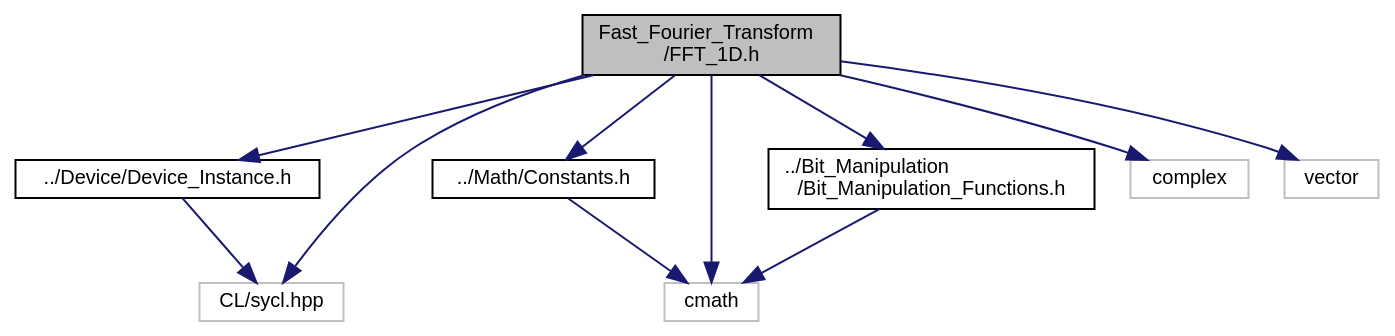
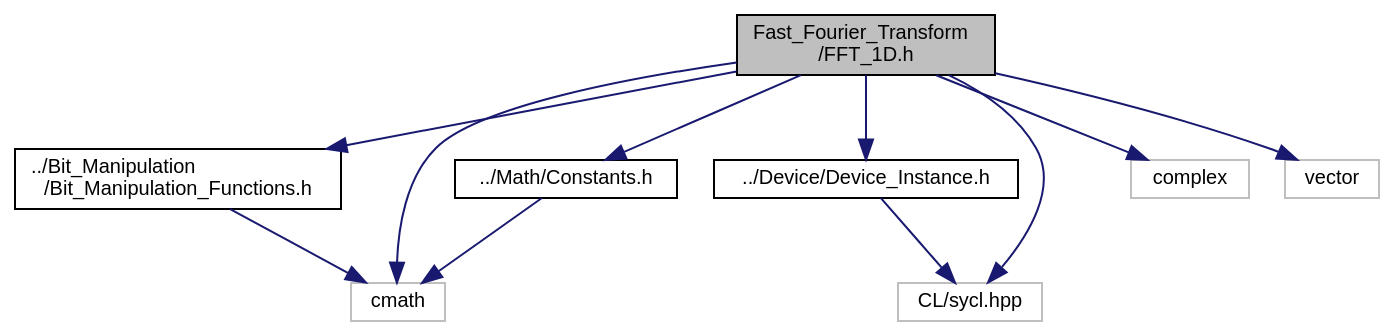
The diagram in docs/PySYCL_doxygen_html/_f_f_t__1_d_8h__incl.dot (PySYCL/PySYCL), drawn with Graphviz before and after one commit. The commit also changed 122 other files, not shown here.

```diff
--- a/docs/PySYCL_doxygen_html/_f_f_t__1_d_8h__incl.dot
+++ b/docs/PySYCL_doxygen_html/_f_f_t__1_d_8h__incl.dot
@@ -1,26 +1,26 @@
 digraph "Fast_Fourier_Transform/FFT_1D.h"
 {
  // INTERACTIVE_SVG=YES
  // LATEX_PDF_SIZE
   bgcolor="transparent";
   edge [fontname="Helvetica",fontsize="10",labelfontname="Helvetica",labelfontsize="10"];
   node [fontname="Helvetica",fontsize="10",shape=record];
   Node1 [label="Fast_Fourier_Transform\l/FFT_1D.h",height=0.2,width=0.4,color="black", fillcolor="grey75", style="filled", fontcolor="black",tooltip="1-Dimensional Fast Fourier Transform."];
   Node1 -> Node2 [color="midnightblue",fontsize="10",style="solid",fontname="Helvetica"];
-  Node2 [label="../Device/Device_Instance.h",height=0.2,width=0.4,color="black",URL="$_device___instance_8h.html",tooltip="Device instance for device selection in PySYCL."];
+  Node2 [label="../Bit_Manipulation\l/Bit_Manipulation_Functions.h",height=0.2,width=0.4,color="black",URL="$_bit___manipulation___functions_8h.html",tooltip="Bit Manipulation Functions."];
   Node2 -> Node3 [color="midnightblue",fontsize="10",style="solid",fontname="Helvetica"];
-  Node3 [label="CL/sycl.hpp",height=0.2,width=0.4,color="grey75",tooltip=" "];
+  Node3 [label="cmath",height=0.2,width=0.4,color="grey75",tooltip=" "];
   Node1 -> Node4 [color="midnightblue",fontsize="10",style="solid",fontname="Helvetica"];
-  Node4 [label="../Math/Constants.h",height=0.2,width=0.4,color="black",URL="$_constants_8h.html",tooltip="Math related constants in PySYCL."];
+  Node4 [label="../Device/Device_Instance.h",height=0.2,width=0.4,color="black",URL="$_device___instance_8h.html",tooltip="Device instance for device selection in PySYCL."];
   Node4 -> Node5 [color="midnightblue",fontsize="10",style="solid",fontname="Helvetica"];
-  Node5 [label="cmath",height=0.2,width=0.4,color="grey75",tooltip=" "];
+  Node5 [label="CL/sycl.hpp",height=0.2,width=0.4,color="grey75",tooltip=" "];
   Node1 -> Node6 [color="midnightblue",fontsize="10",style="solid",fontname="Helvetica"];
-  Node6 [label="../Bit_Manipulation\l/Bit_Manipulation_Functions.h",height=0.2,width=0.4,color="black",URL="$_bit___manipulation___functions_8h.html",tooltip="Bit Manipulation Functions."];
-  Node6 -> Node5 [color="midnightblue",fontsize="10",style="solid",fontname="Helvetica"];
-  Node1 -> Node5 [color="midnightblue",fontsize="10",style="solid",fontname="Helvetica"];
+  Node6 [label="../Math/Constants.h",height=0.2,width=0.4,color="black",URL="$_constants_8h.html",tooltip="Math related constants in PySYCL."];
+  Node6 -> Node3 [color="midnightblue",fontsize="10",style="solid",fontname="Helvetica"];
+  Node1 -> Node3 [color="midnightblue",fontsize="10",style="solid",fontname="Helvetica"];
   Node1 -> Node7 [color="midnightblue",fontsize="10",style="solid",fontname="Helvetica"];
   Node7 [label="complex",height=0.2,width=0.4,color="grey75",tooltip=" "];
   Node1 -> Node8 [color="midnightblue",fontsize="10",style="solid",fontname="Helvetica"];
   Node8 [label="vector",height=0.2,width=0.4,color="grey75",tooltip=" "];
-  Node1 -> Node3 [color="midnightblue",fontsize="10",style="solid",fontname="Helvetica"];
+  Node1 -> Node5 [color="midnightblue",fontsize="10",style="solid",fontname="Helvetica"];
 }
```
